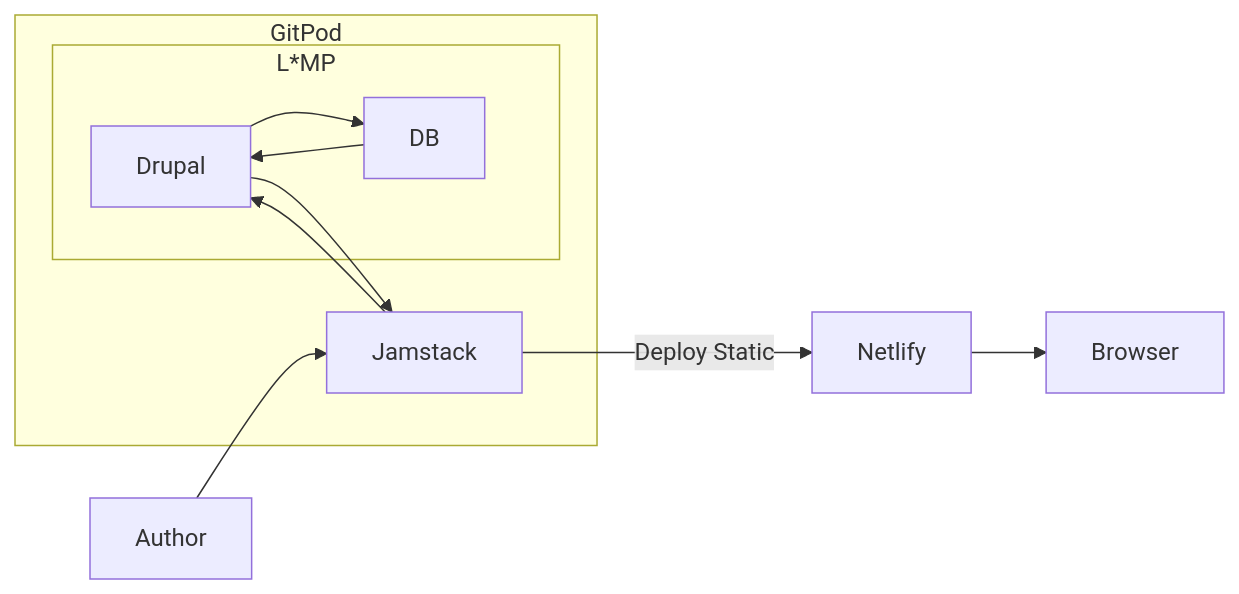
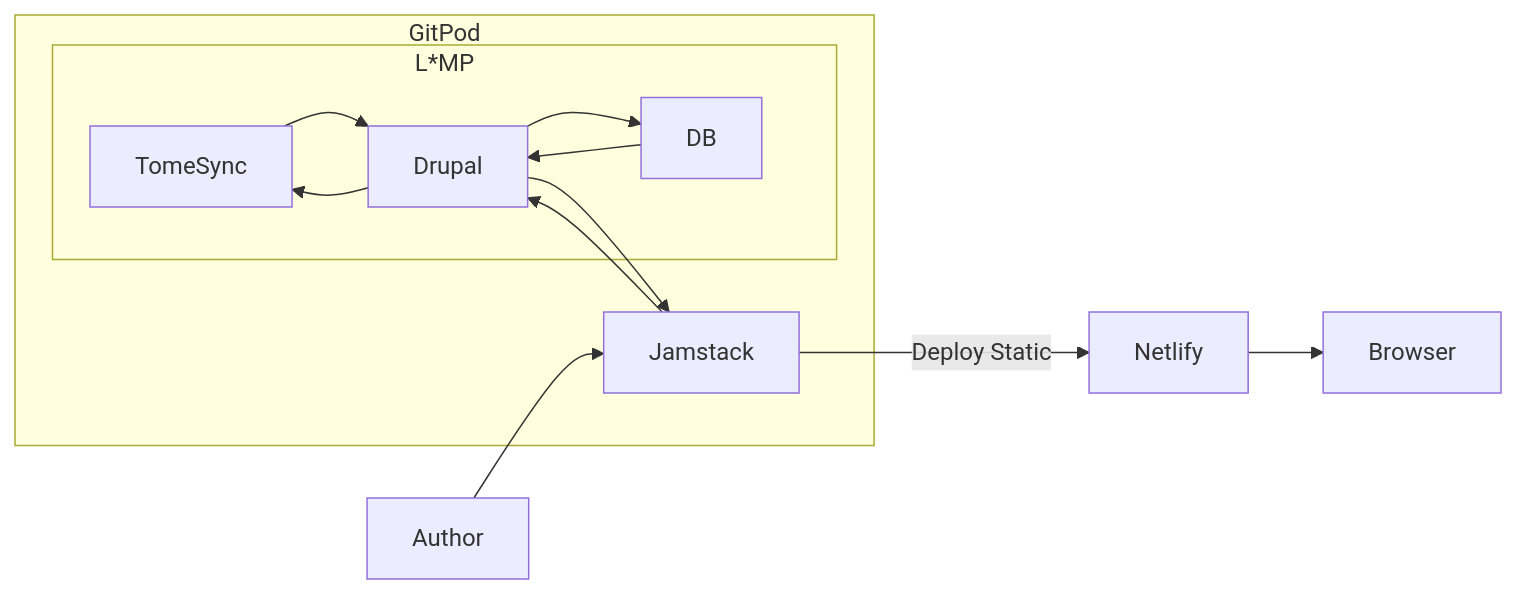
Before and after one commit to Decipher/presentation-headless_authoring_experience: the fifth of 5 diagrams in slidev/slides.md, drawn with Mermaid. The commit also changed other lines of this file, not shown here.

````diff
--- a/slidev/slides.md
+++ b/slidev/slides.md
@@ -230,15 +231,17 @@
 ```mermaid {theme: 'neutral', scale: 0.7}
 flowchart LR
   subgraph GitPod
     subgraph L*MP
+      TomeSync --> Drupal
       Drupal --> DB
+      Drupal --> TomeSync
       DB --> Drupal
     end
     Jamstack
   end
   Author --> Jamstack
   Drupal --> Jamstack
   Jamstack --> Drupal
   Jamstack -- Deploy Static --> Netlify
   Netlify --> Browser
 ```
````
